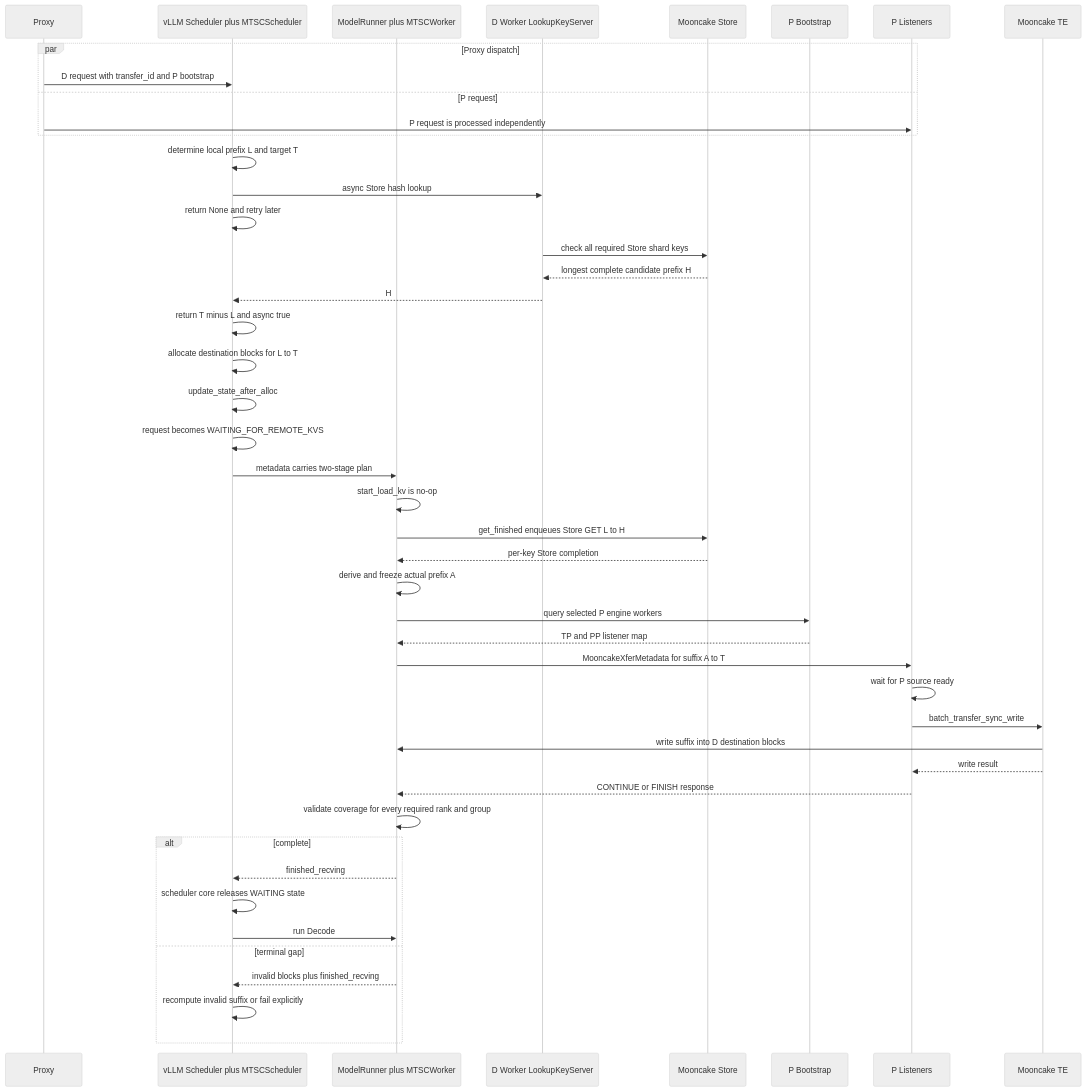
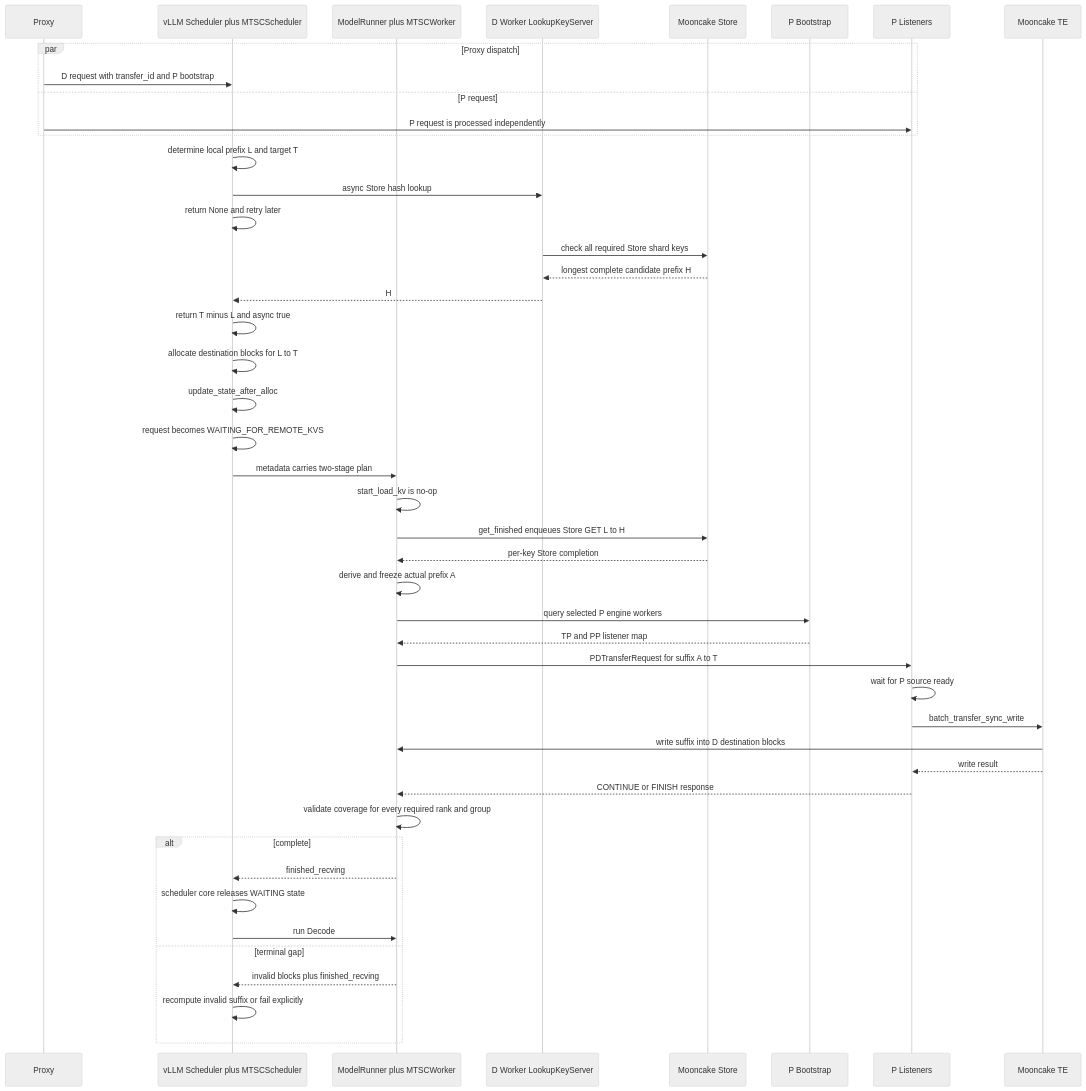
The fifth of 6 diagrams in docs/design/S03-decode设计.md (WangSu-X/MTSC), drawn with Mermaid (neutral theme) before and after one commit. The commit also changed other lines of this file and 18 other files, not shown here.

````diff
--- a/docs/design/S03-decode设计.md
+++ b/docs/design/S03-decode设计.md
@@ -944,49 +1022,49 @@
 ```mermaid
 sequenceDiagram
     participant X as Proxy
     participant DS as vLLM Scheduler plus MTSCScheduler
     participant DW as ModelRunner plus MTSCWorker
     participant LK as D Worker LookupKeyServer
     participant S as Mooncake Store
     participant B as P Bootstrap
     participant PL as P Listeners
     participant TE as Mooncake TE
 
     par Proxy dispatch
         X->>DS: D request with transfer_id and P bootstrap
     and P request
         X->>PL: P request is processed independently
     end
     DS->>DS: determine local prefix L and target T
     DS->>LK: async Store hash lookup
     DS->>DS: return None and retry later
     LK->>S: check all required Store shard keys
     S-->>LK: longest complete candidate prefix H
     LK-->>DS: H
     DS->>DS: return T minus L and async true
     DS->>DS: allocate destination blocks for L to T
     DS->>DS: update_state_after_alloc
     DS->>DS: request becomes WAITING_FOR_REMOTE_KVS
     DS->>DW: metadata carries two-stage plan
     DW->>DW: start_load_kv is no-op
     DW->>S: get_finished enqueues Store GET L to H
     S-->>DW: per-key Store completion
     DW->>DW: derive and freeze actual prefix A
     DW->>B: query selected P engine workers
     B-->>DW: TP and PP listener map
-    DW->>PL: MooncakeXferMetadata for suffix A to T
+    DW->>PL: PDTransferRequest for suffix A to T
     PL->>PL: wait for P source ready
     PL->>TE: batch_transfer_sync_write
     TE->>DW: write suffix into D destination blocks
     TE-->>PL: write result
     PL-->>DW: CONTINUE or FINISH response
     DW->>DW: validate coverage for every required rank and group
     alt complete
         DW-->>DS: finished_recving
         DS->>DS: scheduler core releases WAITING state
         DS->>DW: run Decode
     else terminal gap
         DW-->>DS: invalid blocks plus finished_recving
         DS->>DS: recompute invalid suffix or fail explicitly
     end
 ```
````
